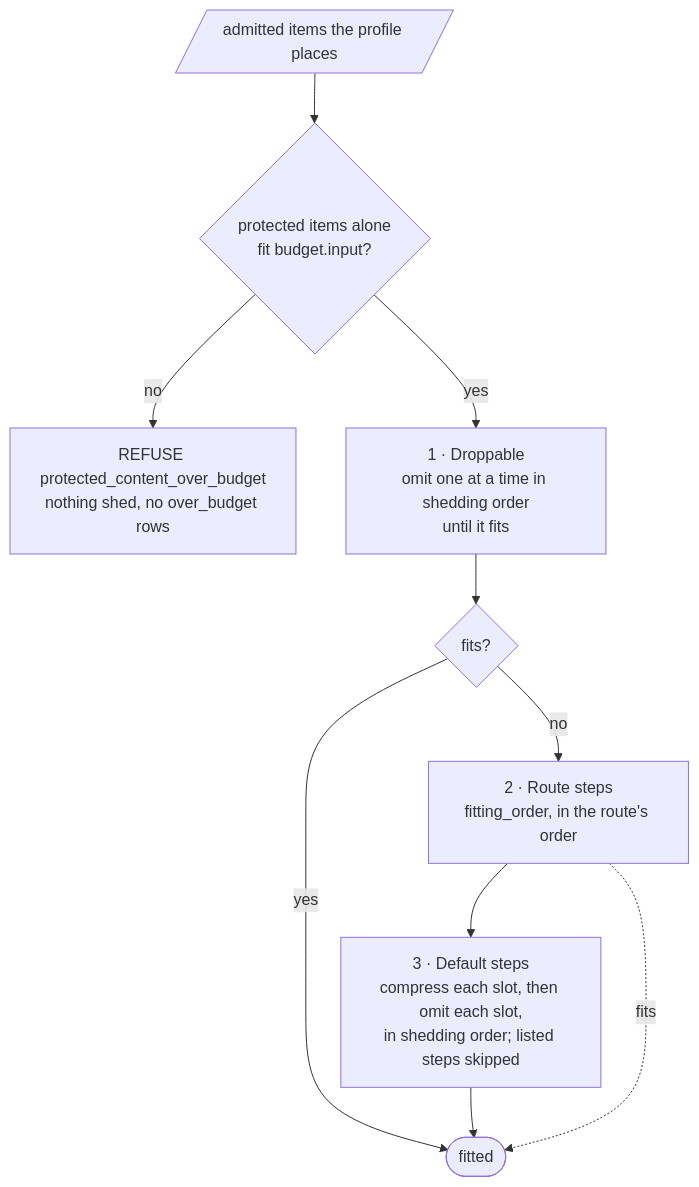
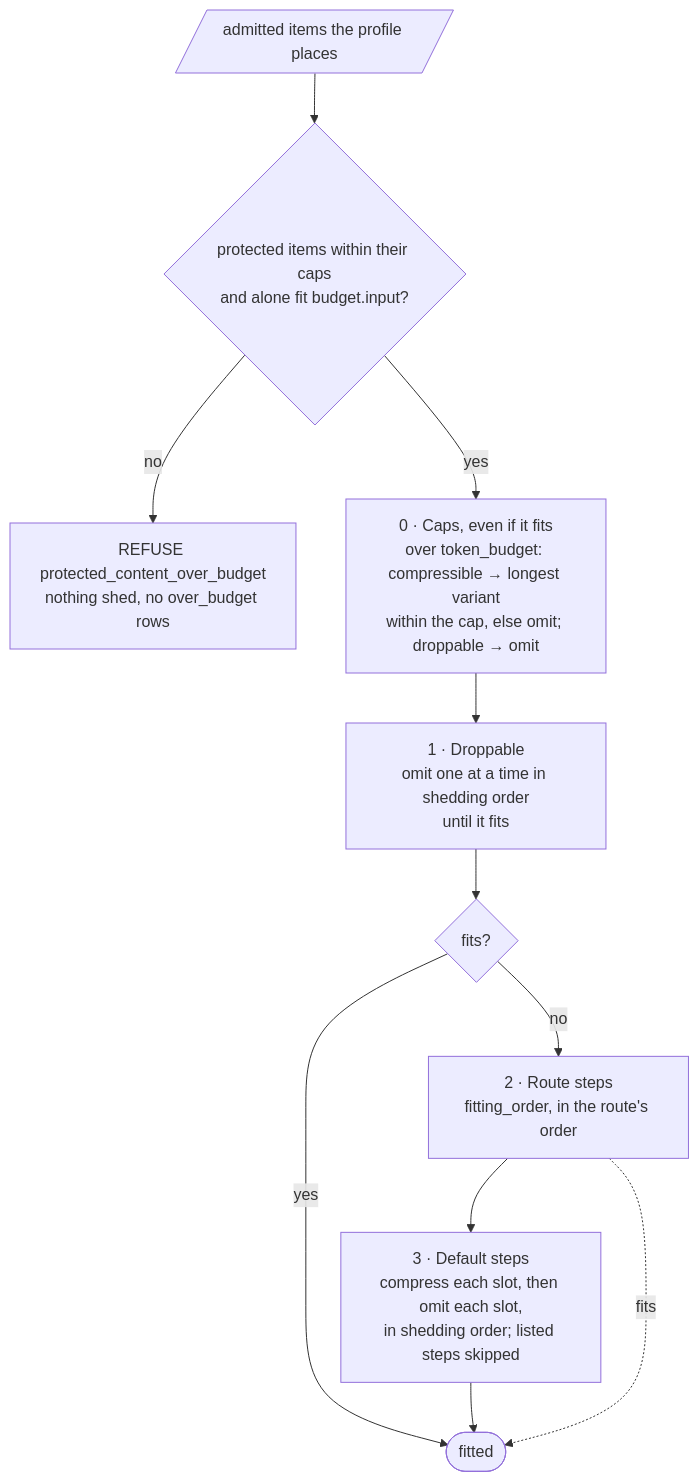
The eighth of 11 diagrams in docs/DESIGN.md (contextwindowarchitecture/assembler-python), drawn with Mermaid before and after one commit. The commit also changed other lines of this file and 6 other files, not shown here.

First line of the commit message:
feat(fitting): enforce per-item token_budget caps before shedding

````diff
--- a/docs/DESIGN.md
+++ b/docs/DESIGN.md
@@ -403,12 +403,13 @@
 ```mermaid
 flowchart TD
-  A[/"admitted items the profile places"/] --> P{"protected items alone<br/>fit budget.input?"}
+  A[/"admitted items the profile places"/] --> P{"protected items within their caps<br/>and alone fit budget.input?"}
   P -- no --> R1["REFUSE protected_content_over_budget<br/>nothing shed, no over_budget rows"]
-  P -- yes --> D["1 · Droppable<br/>omit one at a time in shedding order<br/>until it fits"]
+  P -- yes --> K["0 · Caps, even if it fits<br/>over token_budget: compressible → longest variant<br/>within the cap, else omit; droppable → omit"]
+  K --> D["1 · Droppable<br/>omit one at a time in shedding order<br/>until it fits"]
   D --> F1{fits?}
   F1 -- yes --> OK([fitted])
   F1 -- no --> S["2 · Route steps<br/>fitting_order, in the route's order"]
   S --> C["3 · Default steps<br/>compress each slot, then omit each slot,<br/>in shedding order; listed steps skipped"]
   C --> OK
   S -. "fits" .-> OK
 ```
````
